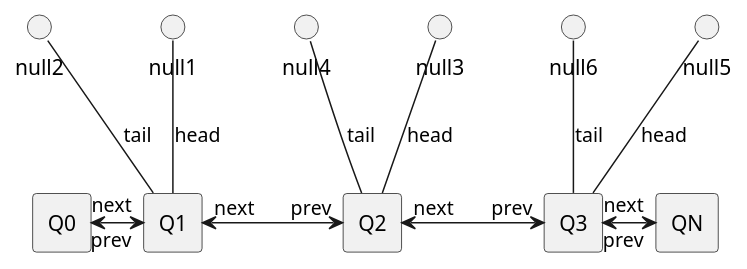
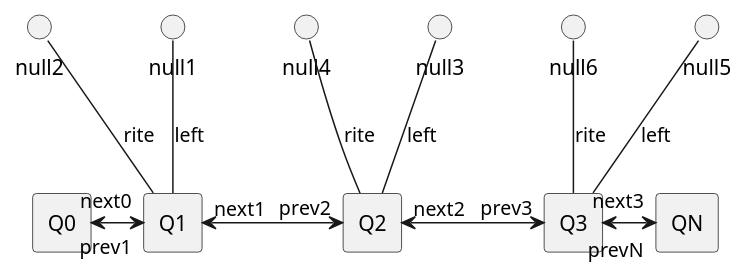
The diagram in src/docs/UML/convertToLocalTree/00.puml (vitalispopoff/calculator), drawn with PlantUML before and after one commit. The commit also changed 20 other files, not shown here.

```diff
--- a/src/docs/UML/convertToLocalTree/00.puml
+++ b/src/docs/UML/convertToLocalTree/00.puml
@@ -1,29 +1,29 @@
 @startuml
 
 rectangle Q0
 
 rectangle Q1
 rectangle Q2
 rectangle Q3
 
 rectangle QN
 
-Q0 "next" <--right--> "prev" Q1
+Q0 "next0" <-right-> "prev1" Q1
 
-Q1  -up-() null1:head
-Q1  -up-() null2:tail
+Q1  -up-()  null1:"left"
+Q1  -up-()  null2:"rite"
 
-Q1 "next" <--right--> "prev" Q2
+Q1 "next1" <-right-> "prev2" Q2
 
-Q2  -up-() null3:head
-Q2  -up-() null4:tail
+Q2  -up-()  null3:"left"
+Q2  -up-()  null4:"rite"
 
-Q2 "next" <--right--> "prev" Q3
+Q2 "next2" <-right-> "prev3" Q3
 
-Q3  -up-() null5:head
-Q3  -up-() null6:tail
+Q3  -up-()  null5:"left"
+Q3  -up-()  null6:"rite"
 
-Q3 "next" <--right--> "prev" QN
+Q3 "next3" <-right-> "prevN" QN
 
 
 @enduml
```
